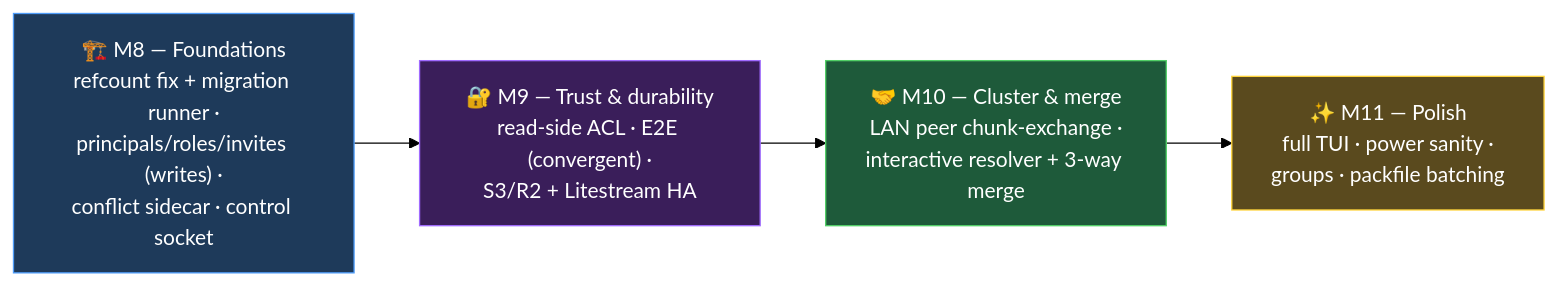
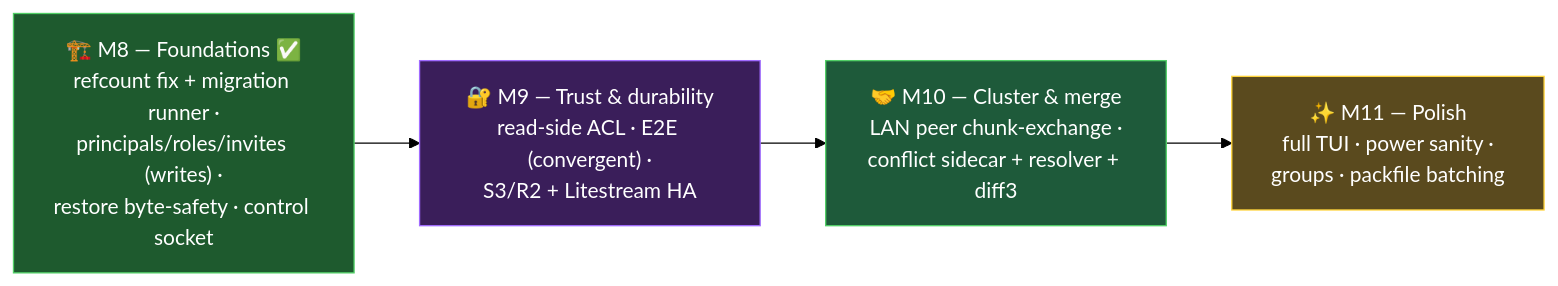
The second of 2 diagrams in docs/V2-SPEC.md (shoemoney/devbox), drawn with Mermaid (forest theme) before and after one commit. The commit also changed other lines of this file and 1 other file, not shown here.

First line of the commit message:
docs: M8 justified-now scope COMPLETE — restore byte-safety in, sidecar→M10 🏁📊

````diff
--- a/docs/V2-SPEC.md
+++ b/docs/V2-SPEC.md
@@ -272,12 +280,12 @@
 ```mermaid
 flowchart LR
-    M8["🏗️ M8 — Foundations<br/>refcount fix + migration runner ·<br/>principals/roles/invites (writes) ·<br/>conflict sidecar · control socket"]
+    M8["🏗️ M8 — Foundations ✅<br/>refcount fix + migration runner ·<br/>principals/roles/invites (writes) ·<br/>restore byte-safety · control socket"]
     M9["🔐 M9 — Trust &amp; durability<br/>read-side ACL · E2E (convergent) ·<br/>S3/R2 + Litestream HA"]
-    M10["🤝 M10 — Cluster &amp; merge<br/>LAN peer chunk-exchange ·<br/>interactive resolver + 3-way merge"]
+    M10["🤝 M10 — Cluster &amp; merge<br/>LAN peer chunk-exchange ·<br/>conflict sidecar + resolver + diff3"]
     M11["✨ M11 — Polish<br/>full TUI · power sanity ·<br/>groups · packfile batching"]
     M8 --> M9 --> M10 --> M11
-    style M8 fill:#1e3a5a,stroke:#4F9CF9,color:#fff
+    style M8 fill:#1e5a2e,stroke:#51cf66,color:#fff
     style M9 fill:#3a1e5a,stroke:#a06bff,color:#fff
     style M10 fill:#1e5a3a,stroke:#51cf66,color:#fff
     style M11 fill:#5a4a1e,stroke:#ffd43b,color:#fff
 ```
````
